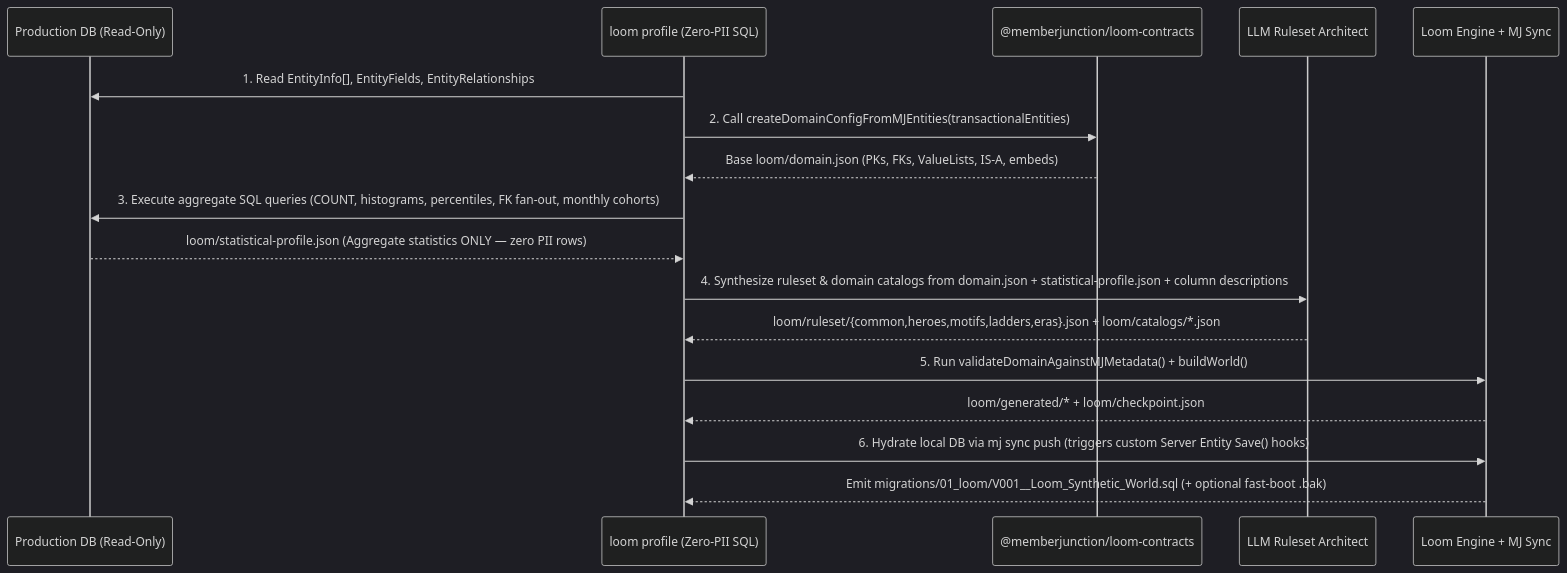
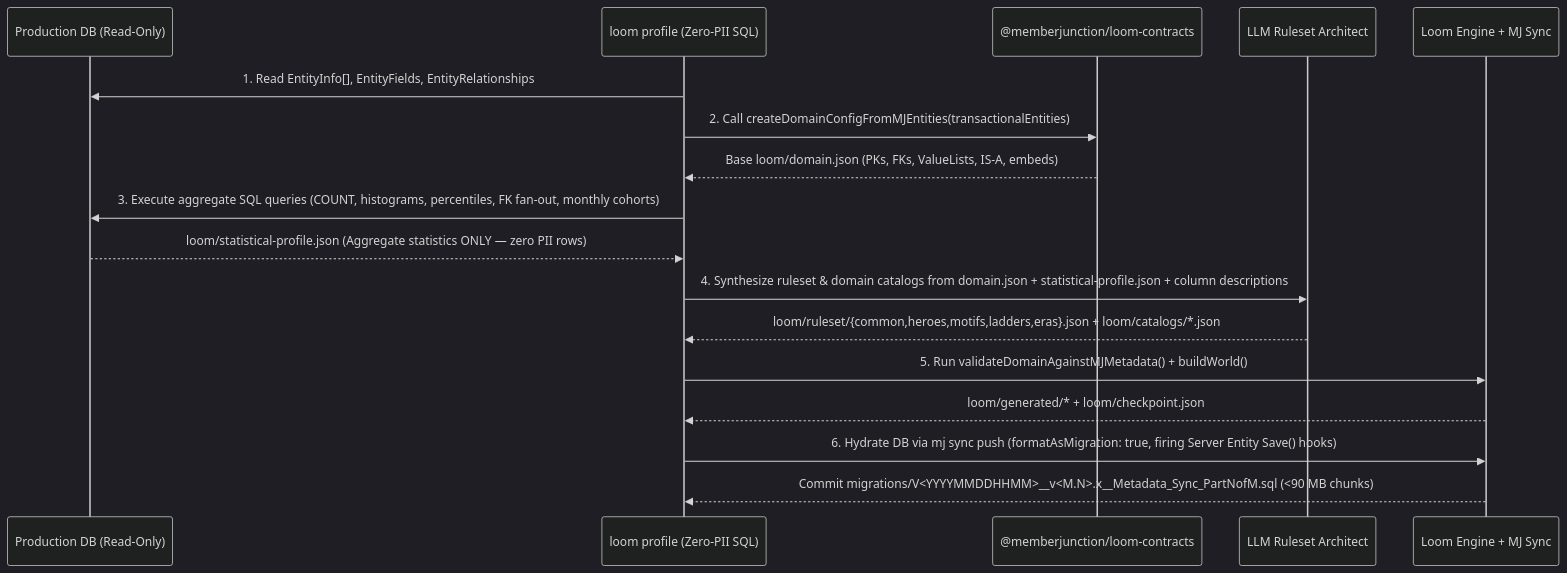
The second of 3 diagrams in plans/org-template-and-citizen-builder-v2.md (MemberJunction/MJ), drawn with Mermaid (dark theme) before and after one commit. The commit also changed other lines of this file, not shown here.

Commit message:
docs(plan): incorporate review feedback and lock committed Metadata_Sync SQL strategy

````diff
--- a/plans/org-template-and-citizen-builder-v2.md
+++ b/plans/org-template-and-citizen-builder-v2.md
@@ -118,20 +128,20 @@
 ```mermaid
 sequenceDiagram
     participant ProdDB as Production DB (Read-Only)
     participant Profiler as loom profile (Zero-PII SQL)
     participant Contracts as @memberjunction/loom-contracts
     participant Architect as LLM Ruleset Architect
     participant Engine as Loom Engine + MJ Sync
 
     Profiler->>ProdDB: 1. Read EntityInfo[], EntityFields, EntityRelationships
     Profiler->>Contracts: 2. Call createDomainConfigFromMJEntities(transactionalEntities)
     Contracts-->>Profiler: Base loom/domain.json (PKs, FKs, ValueLists, IS-A, embeds)
     Profiler->>ProdDB: 3. Execute aggregate SQL queries (COUNT, histograms, percentiles, FK fan-out, monthly cohorts)
     ProdDB-->>Profiler: loom/statistical-profile.json (Aggregate statistics ONLY — zero PII rows)
     Profiler->>Architect: 4. Synthesize ruleset & domain catalogs from domain.json + statistical-profile.json + column descriptions
     Architect-->>Profiler: loom/ruleset/{common,heroes,motifs,ladders,eras}.json + loom/catalogs/*.json
     Profiler->>Engine: 5. Run validateDomainAgainstMJMetadata() + buildWorld()
     Engine-->>Profiler: loom/generated/* + loom/checkpoint.json
-    Profiler->>Engine: 6. Hydrate local DB via mj sync push (triggers custom Server Entity Save() hooks)
-    Engine-->>Profiler: Emit migrations/01_loom/V001__Loom_Synthetic_World.sql (+ optional fast-boot .bak)
+    Profiler->>Engine: 6. Hydrate DB via mj sync push (formatAsMigration: true, firing Server Entity Save() hooks)
+    Engine-->>Profiler: Commit migrations/V<YYYYMMDDHHMM>__v<M.N>.x__Metadata_Sync_PartNofM.sql (<90 MB chunks)
 ```
````
